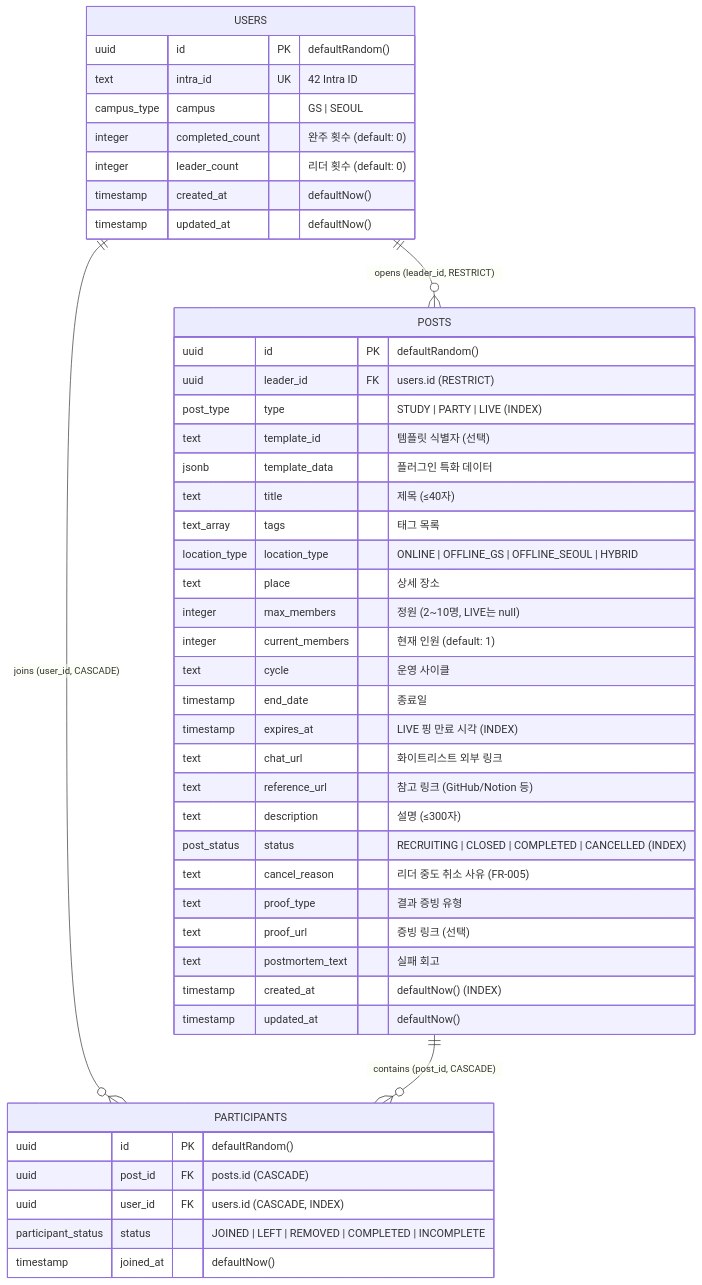
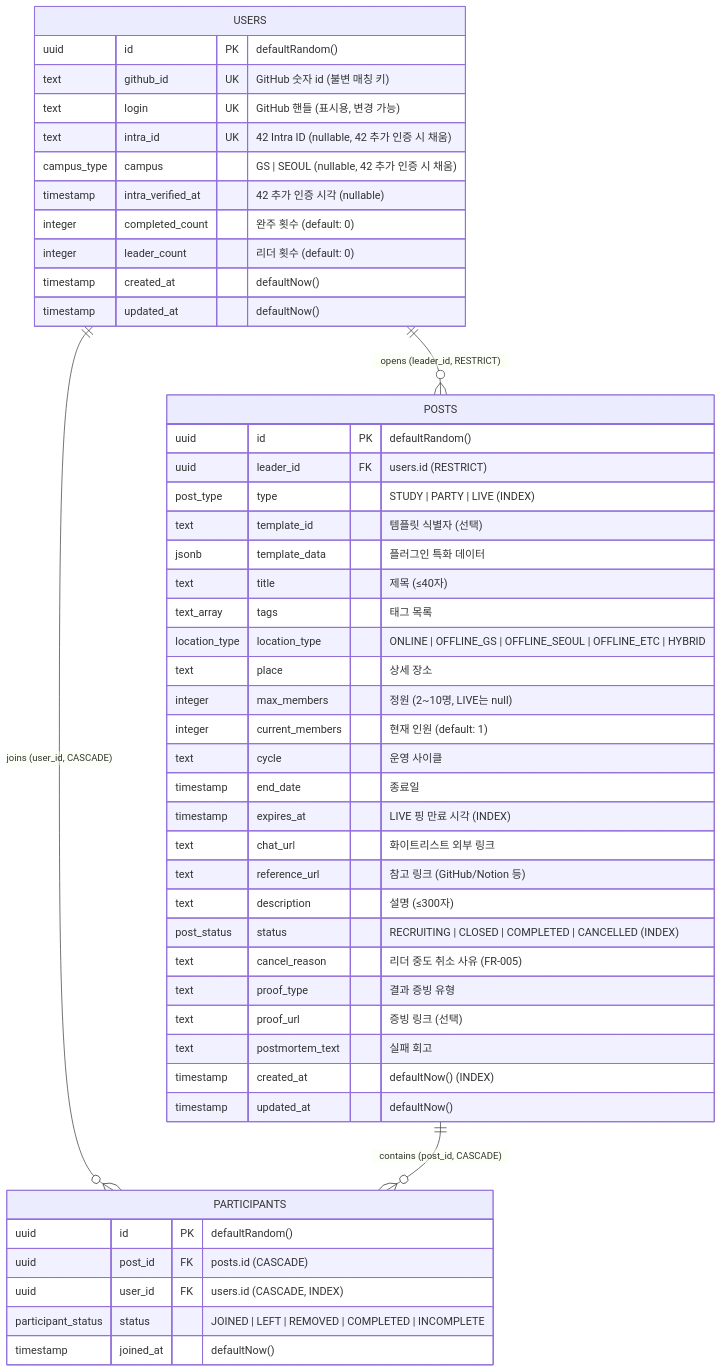
One commit to erdoslibrary/modoo42 changed the diagram in docs/trd.md. Above: the diagram before and after it, drawn with Mermaid. The commit also changed other lines of this file and 7 other files, not shown here.

First line of the commit message:
docs: 인증 방식을 42 Intra OAuth에서 GitHub OAuth로 전환

````diff
--- a/docs/trd.md
+++ b/docs/trd.md
@@ -72,51 +79,54 @@
 ```mermaid
 erDiagram
     USERS ||--o{ POSTS : "opens (leader_id, RESTRICT)"
     USERS ||--o{ PARTICIPANTS : "joins (user_id, CASCADE)"
     POSTS ||--o{ PARTICIPANTS : "contains (post_id, CASCADE)"
 
     USERS {
         uuid id PK "defaultRandom()"
-        text intra_id UK "42 Intra ID"
-        campus_type campus "GS | SEOUL"
+        text github_id UK "GitHub 숫자 id (불변 매칭 키)"
+        text login UK "GitHub 핸들 (표시용, 변경 가능)"
+        text intra_id UK "42 Intra ID (nullable, 42 추가 인증 시 채움)"
+        campus_type campus "GS | SEOUL (nullable, 42 추가 인증 시 채움)"
+        timestamp intra_verified_at "42 추가 인증 시각 (nullable)"
         integer completed_count "완주 횟수 (default: 0)"
         integer leader_count "리더 횟수 (default: 0)"
         timestamp created_at "defaultNow()"
         timestamp updated_at "defaultNow()"
     }
 
     POSTS {
         uuid id PK "defaultRandom()"
         uuid leader_id FK "users.id (RESTRICT)"
         post_type type "STUDY | PARTY | LIVE (INDEX)"
         text template_id "템플릿 식별자 (선택)"
         jsonb template_data "플러그인 특화 데이터"
         text title "제목 (≤40자)"
         text_array tags "태그 목록"
-        location_type location_type "ONLINE | OFFLINE_GS | OFFLINE_SEOUL | HYBRID"
+        location_type location_type "ONLINE | OFFLINE_GS | OFFLINE_SEOUL | OFFLINE_ETC | HYBRID"
         text place "상세 장소"
         integer max_members "정원 (2~10명, LIVE는 null)"
         integer current_members "현재 인원 (default: 1)"
         text cycle "운영 사이클"
         timestamp end_date "종료일"
         timestamp expires_at "LIVE 핑 만료 시각 (INDEX)"
         text chat_url "화이트리스트 외부 링크"
         text reference_url "참고 링크 (GitHub/Notion 등)"
         text description "설명 (≤300자)"
         post_status status "RECRUITING | CLOSED | COMPLETED | CANCELLED (INDEX)"
         text cancel_reason "리더 중도 취소 사유 (FR-005)"
         text proof_type "결과 증빙 유형"
         text proof_url "증빙 링크 (선택)"
         text postmortem_text "실패 회고"
         timestamp created_at "defaultNow() (INDEX)"
         timestamp updated_at "defaultNow()"
     }
 
     PARTICIPANTS {
         uuid id PK "defaultRandom()"
         uuid post_id FK "posts.id (CASCADE)"
         uuid user_id FK "users.id (CASCADE, INDEX)"
         participant_status status "JOINED | LEFT | REMOVED | COMPLETED | INCOMPLETE"
         timestamp joined_at "defaultNow()"
     }
 ```
````
